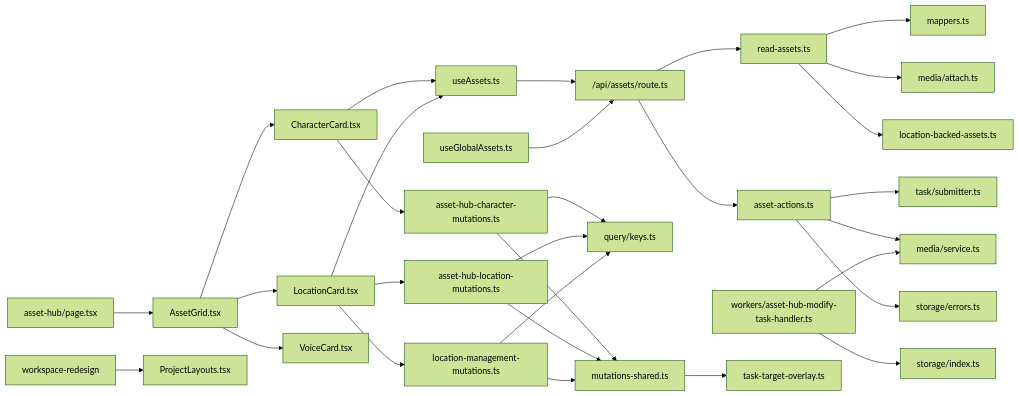
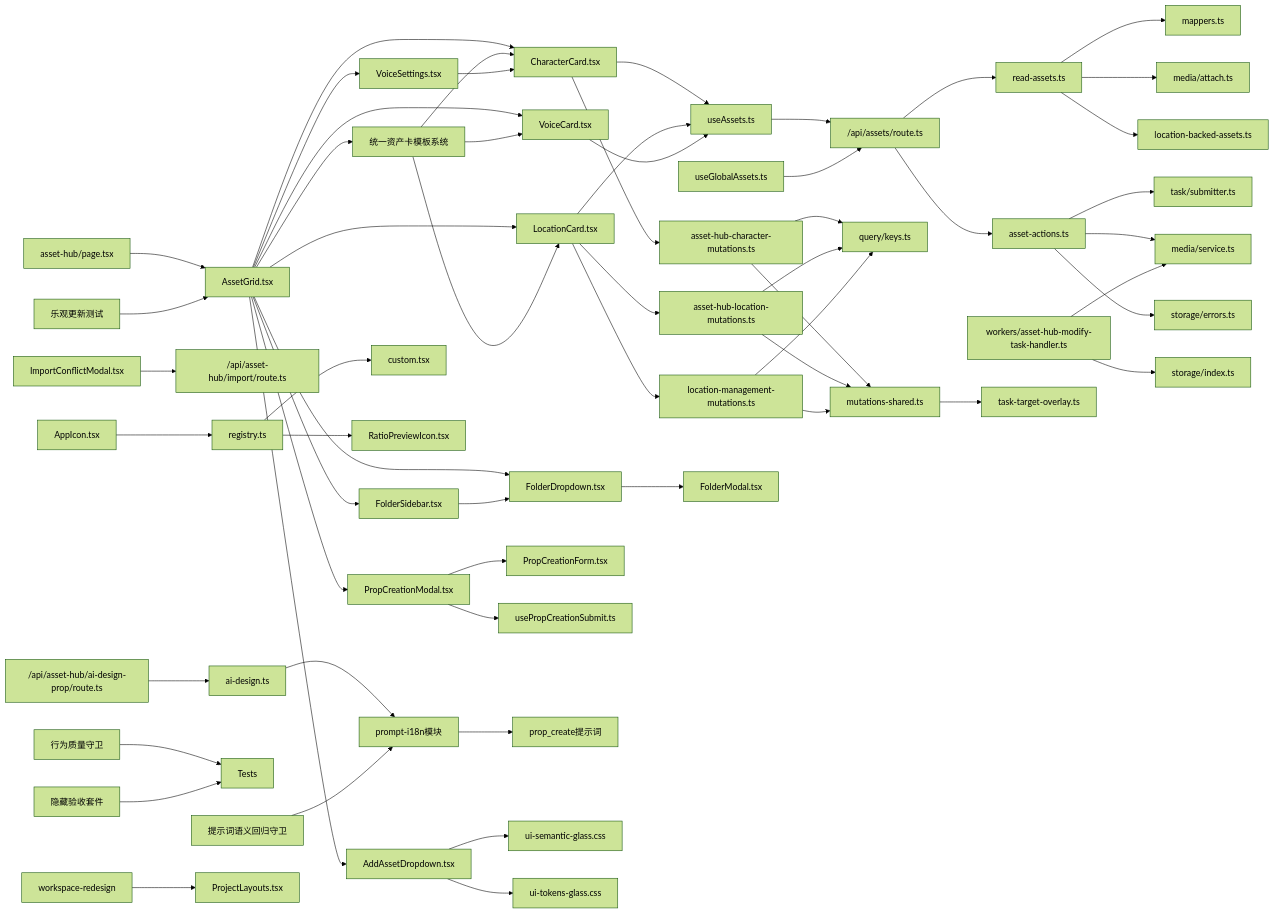
One commit to lyl2021/waoowaoo changed diagram 15 of 15 in .qoder/repowiki/zh/content/资产管理/资产管理.md. Above: the diagram before and after it, drawn with Mermaid (forest theme). The commit also changed other lines of this file and 43 other files, not shown here.

````diff
--- a/.qoder/repowiki/zh/content/资产管理/资产管理.md
+++ b/.qoder/repowiki/zh/content/资产管理/资产管理.md
@@ -773,32 +1118,60 @@
 ```mermaid
 graph LR
 Read["read-assets.ts"] --> Mappers["mappers.ts"]
 Read --> Attach["media/attach.ts"]
 Read --> LocBacked["location-backed-assets.ts"]
 Actions["asset-actions.ts"] --> Task["task/submitter.ts"]
 Actions --> MediaSvc["media/service.ts"]
 Actions --> StorageErr["storage/errors.ts"]
 API["/api/assets/route.ts"] --> Read
 API --> Actions
 Hooks["useAssets.ts"] --> API
 HooksG["useGlobalAssets.ts"] --> API
 Worker["workers/asset-hub-modify-task-handler.ts"] --> MediaSvc
 Worker --> Storage["storage/index.ts"]
 AssetHub["asset-hub/page.tsx"] --> AssetGrid["AssetGrid.tsx"]
+AssetGrid --> PropCreationModal["PropCreationModal.tsx"]
 AssetGrid --> CharacterCard["CharacterCard.tsx"]
 AssetGrid --> LocationCard["LocationCard.tsx"]
 AssetGrid --> VoiceCard["VoiceCard.tsx"]
+AssetGrid --> VoiceSettings["VoiceSettings.tsx"]
+AssetGrid --> FolderSidebar["FolderSidebar.tsx"]
+AssetGrid --> FolderDropdown["FolderDropdown.tsx"]
+AssetGrid --> AddAssetDropdown["AddAssetDropdown.tsx"]
+PropCreationModal --> PropCreationForm["PropCreationForm.tsx"]
+PropCreationModal --> usePropCreationSubmit["usePropCreationSubmit.ts"]
+ImportConflictModal["ImportConflictModal.tsx"] --> ImportAPI["/api/asset-hub/import/route.ts"]
+AIDesignAPI["/api/asset-hub/ai-design-prop/route.ts"] --> AIDesign["ai-design.ts"]
+AIDesign --> PromptI18n["prompt-i18n模块"]
+PromptI18n --> PropCreatePrompt["prop_create提示词"]
 CharacterCard --> Hooks
 LocationCard --> Hooks
+VoiceCard --> Hooks
 CharacterCard --> Mutations["asset-hub-character-mutations.ts"]
 LocationCard --> Mutations2["asset-hub-location-mutations.ts"]
 LocationCard --> LocationManagement["location-management-mutations.ts"]
 Mutations --> Keys["query/keys.ts"]
 Mutations2 --> Keys
 LocationManagement --> Keys
 Mutations --> Shared["mutations-shared.ts"]
 Mutations2 --> Shared
 LocationManagement --> Shared
 Shared --> Overlay["task-target-overlay.ts"]
+FolderSidebar --> FolderDropdown
+FolderDropdown --> FolderModal["FolderModal.tsx"]
+AddAssetDropdown --> UIStyles["ui-semantic-glass.css"]
+AddAssetDropdown --> UITokens["ui-tokens-glass.css"]
+AppIcon["AppIcon.tsx"] --> IconRegistry["registry.ts"]
+IconRegistry --> CustomIcons["custom.tsx"]
+IconRegistry --> RatioPreviewIcon["RatioPreviewIcon.tsx"]
+CardTemplates["统一资产卡模板系统"] --> CharacterCard
+CardTemplates --> LocationCard
+CardTemplates --> VoiceCard
+VoiceSettings --> CharacterCard
+AssetGrid --> CardTemplates
+OptimisticTests["乐观更新测试"] --> AssetGrid
+BehaviorGuard["行为质量守卫"] --> Tests
+PromptRegression["提示词语义回归守卫"] --> PromptI18n
+HiddenSuite["隐藏验收套件"] --> Tests
 WorkspaceRedesign["workspace-redesign"] --> ProjectLayouts["ProjectLayouts.tsx"]
 ```
````
